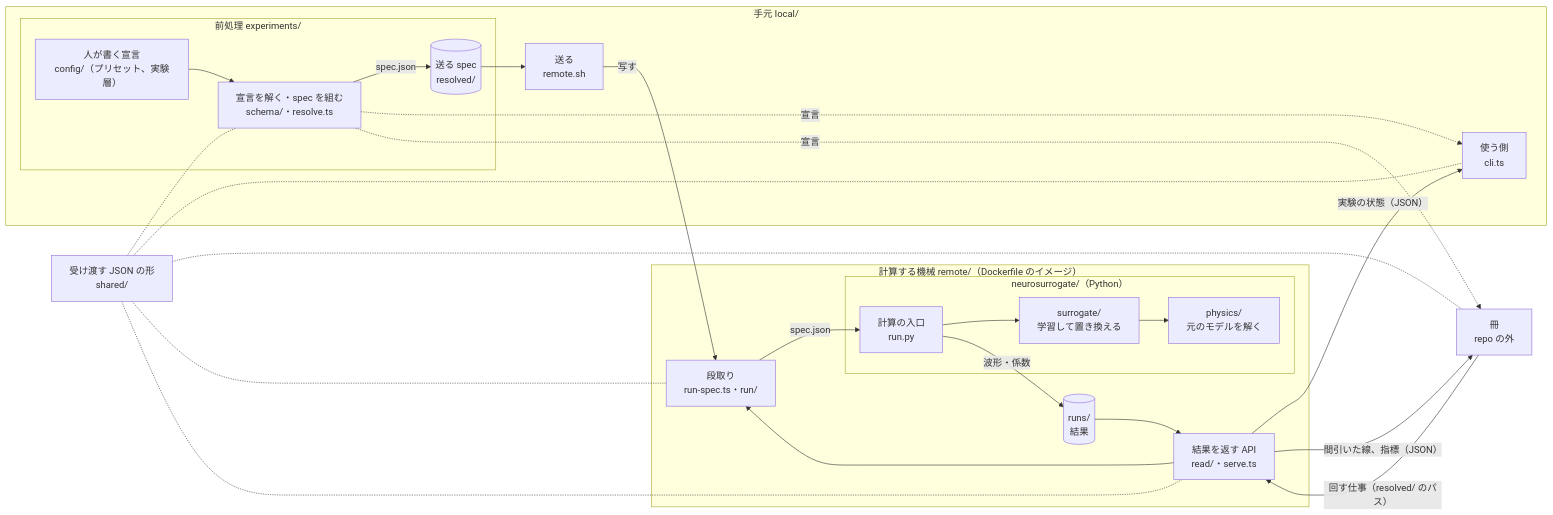
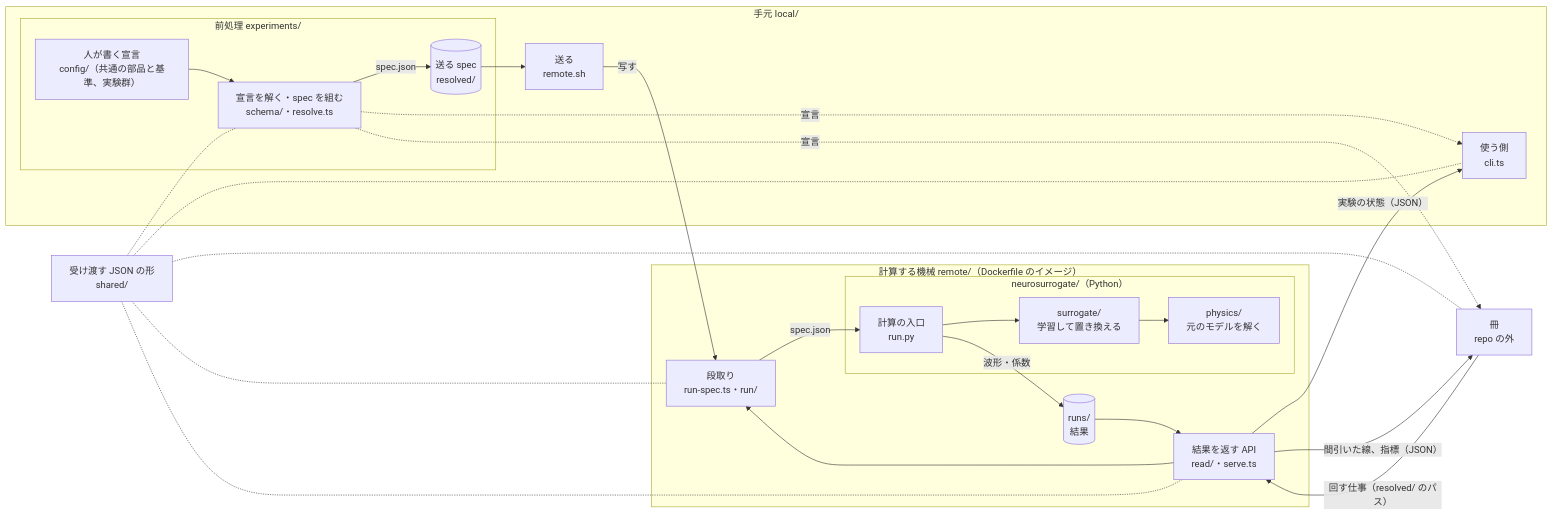
Before and after one commit to MunechikaHaruki/SINDyNeuroSurrogate: the first of 3 diagrams in README.md, drawn with Mermaid. The commit also changed 67 other files, not shown here.

````diff
--- a/README.md
+++ b/README.md
@@ -17,44 +17,44 @@
 ```mermaid
 flowchart LR
   subgraph local["手元 local/"]
     subgraph experiments["前処理 experiments/"]
-      config["人が書く宣言<br/>config/（プリセット、実験層）"]
+      config["人が書く宣言<br/>config/（共通の部品と基準、実験群）"]
       exp["宣言を解く・spec を組む<br/>schema/・resolve.ts"]
       resolved[("送る spec<br/>resolved/")]
     end
     client["送る<br/>remote.sh"]
     cli["使う側<br/>cli.ts"]
   end
   subgraph machine["計算する機械 remote/（Dockerfile のイメージ）"]
     orch["段取り<br/>run-spec.ts・run/"]
     subgraph py["neurosurrogate/（Python）"]
       entry["計算の入口<br/>run.py"]
       surr["surrogate/<br/>学習して置き換える"]
       phys["physics/<br/>元のモデルを解く"]
     end
     runs[("runs/<br/>結果")]
     serve["結果を返す API<br/>read/・serve.ts"]
   end
   format["受け渡す JSON の形<br/>shared/"]
   view["冊<br/>repo の外"]
   config --> exp
   exp -- "spec.json" --> resolved
   resolved --> client
   client -- "写す" --> orch
   orch -- "spec.json" --> entry
   entry --> surr
   surr --> phys
   entry -- "波形・係数" --> runs
   runs --> serve
   serve -- "実験の状態（JSON）" --> cli
   exp -. "宣言" .-> cli
   exp -. "宣言" .-> view
   serve -- "間引いた線、指標（JSON）" --> view
   view -- "回す仕事（resolved/ のパス）" --> serve
   serve --> orch
   format -.- exp
   format -.- cli
   format -.- view
   format -.- orch
   format -.- serve
 ```
````
